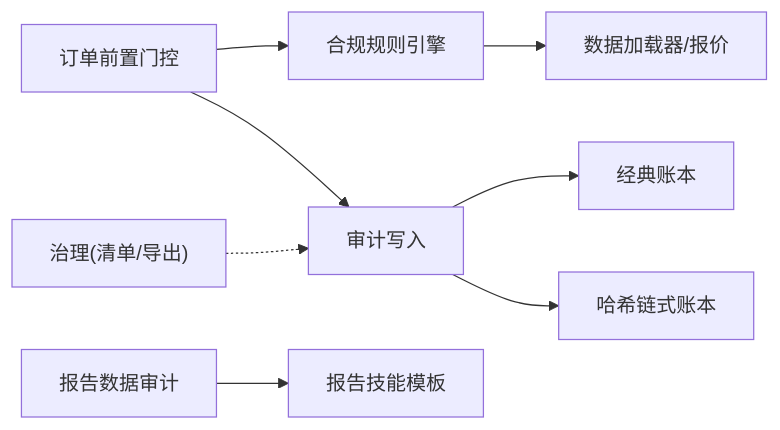
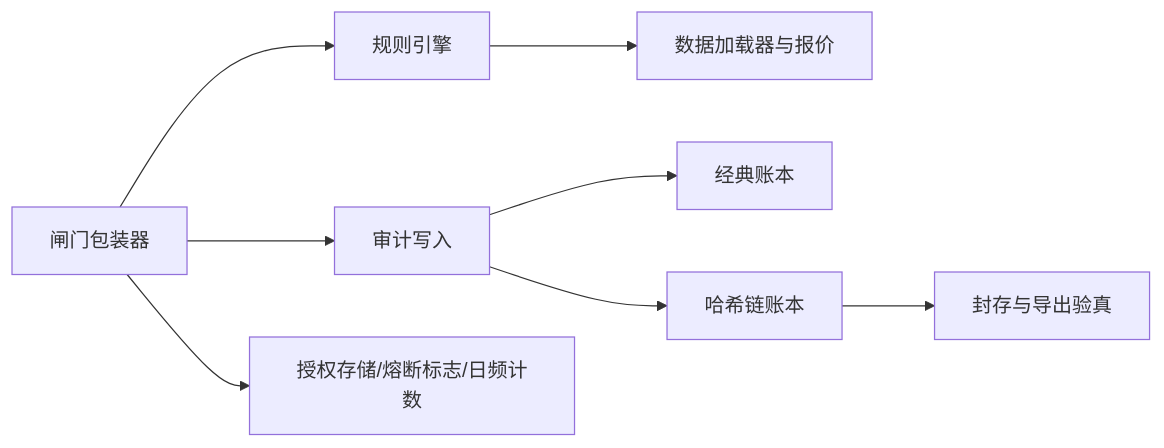
One commit to hjfire/vibe-trading-fw changed the fourth of 4 diagrams in repowiki/topics/安全与治理/审计日志.md. Above: the diagram before and after it, drawn with Mermaid. The commit also changed other lines of this file and 5 other files, not shown here.

````diff
--- a/repowiki/topics/安全与治理/审计日志.md
+++ b/repowiki/topics/安全与治理/审计日志.md
@@ -239,10 +312,10 @@
 ```mermaid
 graph LR
-OrderGuard["订单前置门控"] --> Enforcement["合规规则引擎"]
-OrderGuard --> Audit["审计写入"]
-Enforcement --> DataLoaders["数据加载器/报价"]
-Audit --> ClassicLedger["经典账本"]
-Audit --> ChainLedger["哈希链式账本"]
-Governance["治理(清单/导出)"] -.-> Audit
-ReportAudit["报告数据审计"] --> Skills["报告技能模板"]
+Guard["闸门包装器"] --> Enforce["规则引擎"]
+Guard --> Audit["审计写入"]
+Guard --> Store["授权存储/熔断标志/日频计数"]
+Enforce --> Loaders["数据加载器与报价"]
+Audit --> Classic["经典账本"]
+Audit --> Chain["哈希链账本"]
+Chain --> Retention["封存与导出验真"]
 ```
````
